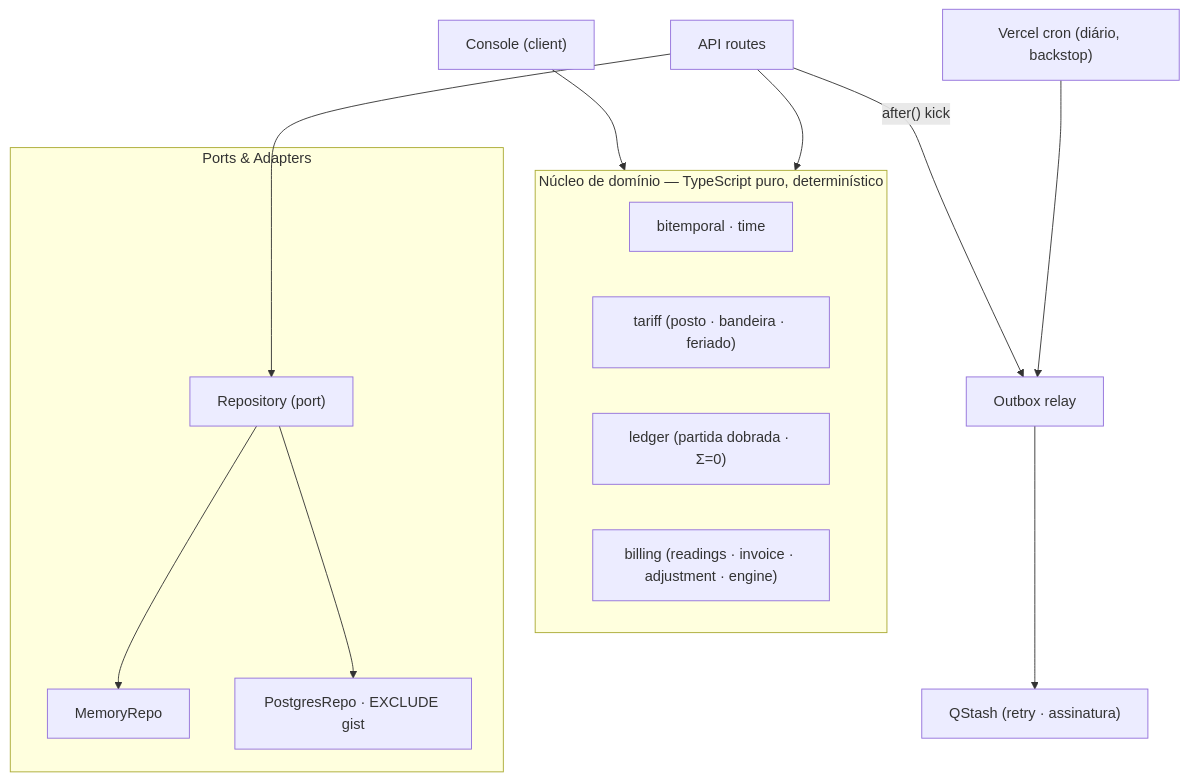
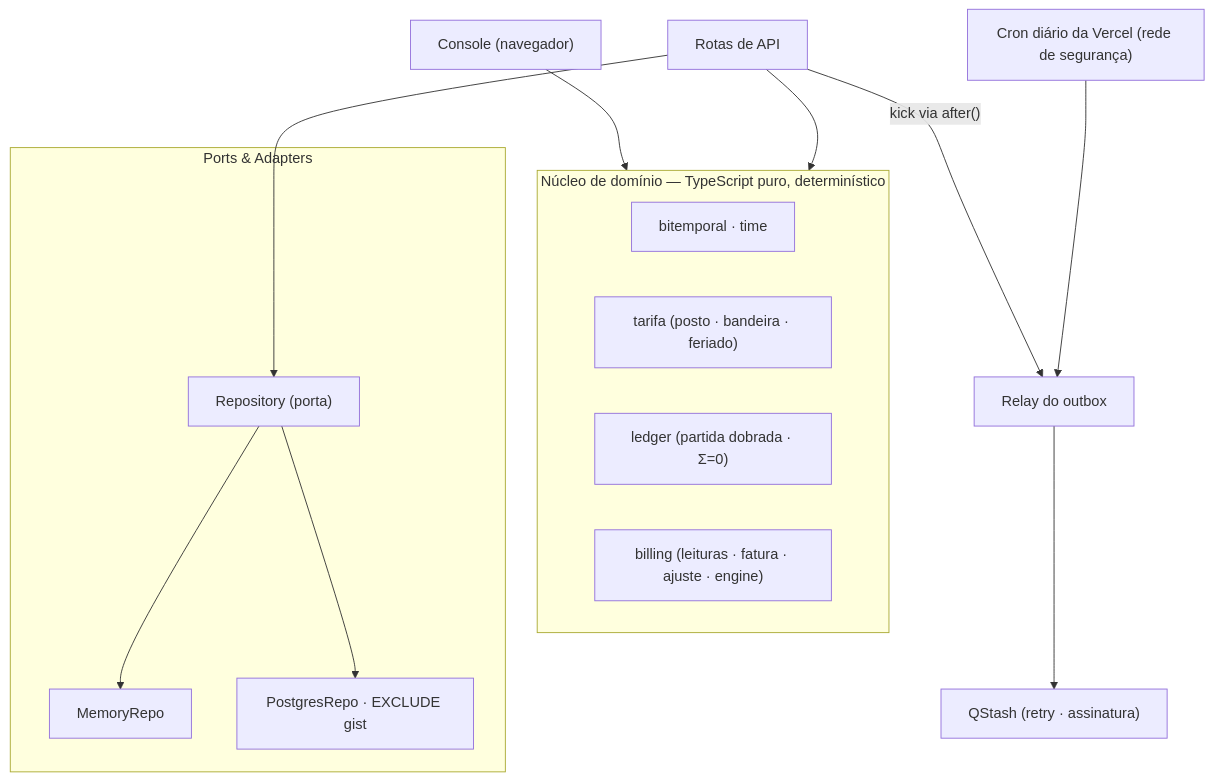
The diagram in README.md (igorjba/ledgerline), drawn with Mermaid before and after one commit. The commit also changed other lines of this file and 3 other files, not shown here.

````diff
--- a/README.md
+++ b/README.md
@@ -59,24 +60,24 @@
 ```mermaid
 flowchart TB
   subgraph core["Núcleo de domínio — TypeScript puro, determinístico"]
     T["bitemporal · time"]
-    TAR["tariff (posto · bandeira · feriado)"]
+    TAR["tarifa (posto · bandeira · feriado)"]
     LED["ledger (partida dobrada · Σ=0)"]
-    BILL["billing (readings · invoice · adjustment · engine)"]
+    BILL["billing (leituras · fatura · ajuste · engine)"]
   end
 
   subgraph ports["Ports & Adapters"]
-    PORT["Repository (port)"]
+    PORT["Repository (porta)"]
     MEM["MemoryRepo"]
     PG["PostgresRepo · EXCLUDE gist"]
   end
 
-  UI["Console (client)"] --> core
-  API["API routes"] --> core
+  UI["Console (navegador)"] --> core
+  API["Rotas de API"] --> core
   API --> PORT
   PORT --> MEM
   PORT --> PG
-  API -- "after() kick" --> OUT["Outbox relay"]
+  API -- "kick via after()" --> OUT["Relay do outbox"]
   OUT --> QS["QStash (retry · assinatura)"]
-  CRON["Vercel cron (diário, backstop)"] --> OUT
+  CRON["Cron diário da Vercel (rede de segurança)"] --> OUT
 ```
````
